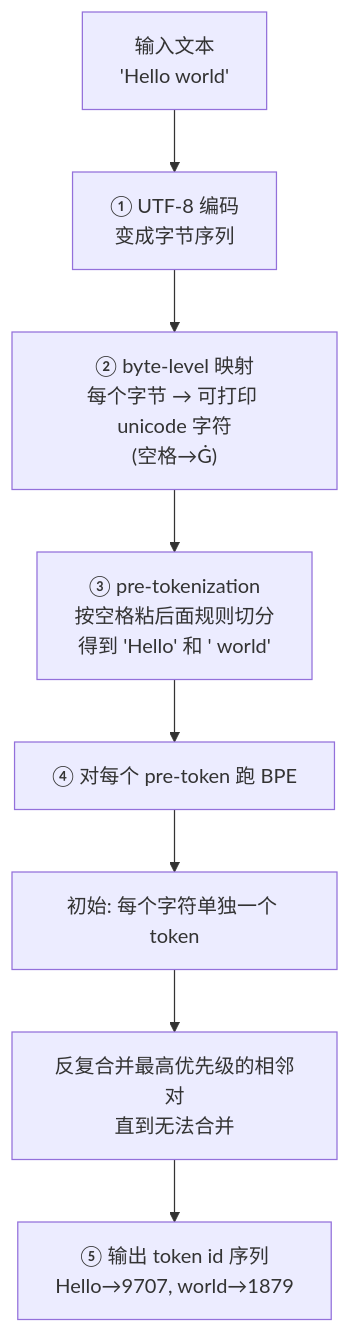
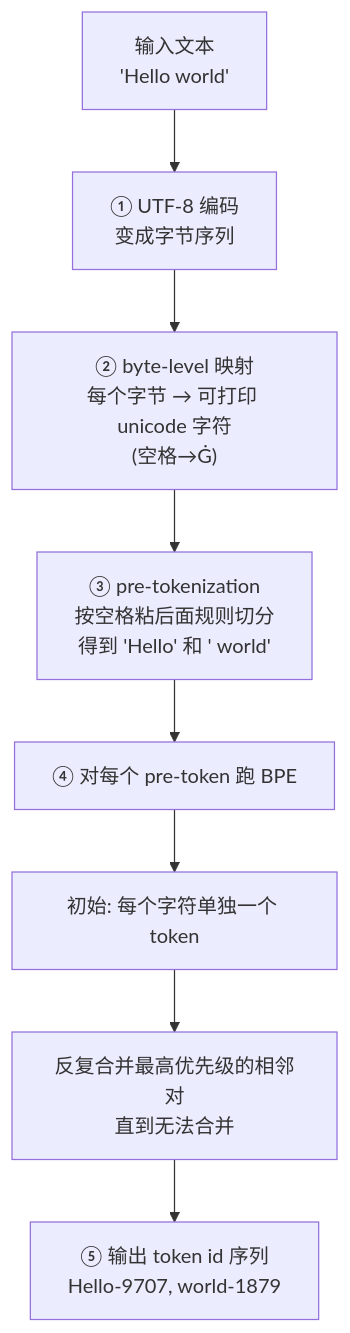
One commit to Michelinboard436/inference-learn changed the diagram in docs/06-tokenizer.md. Above: the diagram before and after it, drawn with Mermaid. The commit also changed 2 other files, not shown here.

Commit message:
fix: 修复 Mermaid 节点文字被截断 (空格+中文逗号问题)
- 02-weights: 去掉节点文字里的多余空格
- 06-tokenizer: 修复 world→1879 双空格
- 英文版同步修复

````diff
--- a/docs/06-tokenizer.md
+++ b/docs/06-tokenizer.md
@@ -159,11 +159,11 @@
 ```mermaid
 flowchart TD
     IN["输入文本<br/>'Hello world'"]
     IN --> S1["① UTF-8 编码<br/>变成字节序列"]
     S1 --> S2["② byte-level 映射<br/>每个字节 → 可打印 unicode 字符<br/>(空格→Ġ)"]
     S2 --> S3["③ pre-tokenization<br/>按空格粘后面规则切分<br/>得到 'Hello' 和 ' world'"]
     S3 --> S4["④ 对每个 pre-token 跑 BPE"]
     S4 --> S5["初始: 每个字符单独一个 token"]
     S5 --> S6["反复合并最高优先级的相邻对<br/>直到无法合并"]
-    S6 --> S7["⑤ 输出 token id 序列<br/>Hello→9707,  world→1879"]
+    S6 --> S7["⑤ 输出 token id 序列<br/>Hello-9707, world-1879"]
 ```
````
